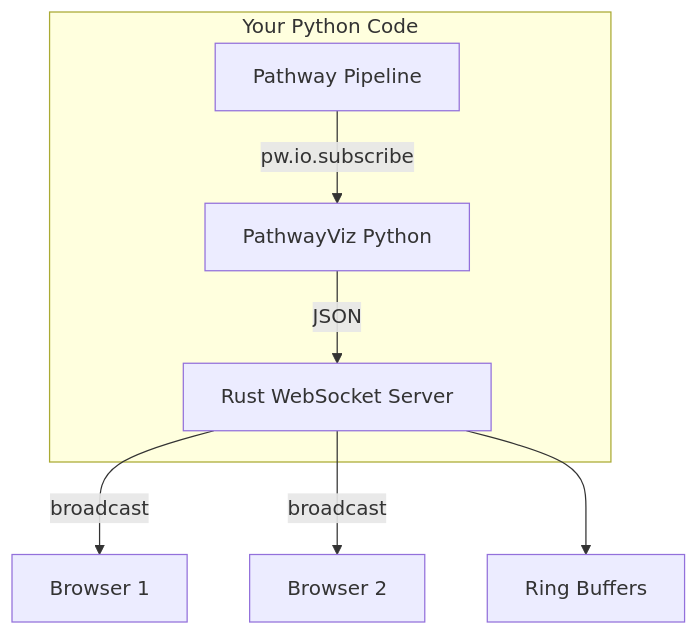
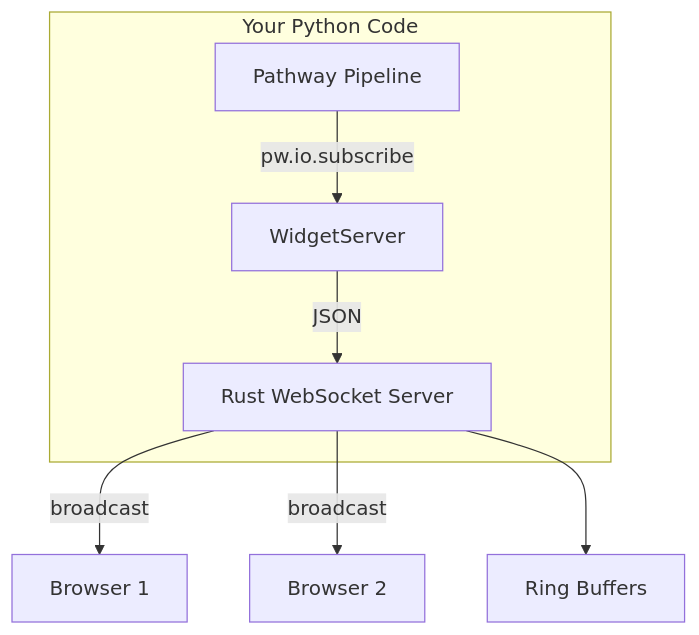
The first of 2 diagrams in docs/concepts.md (mvfolino68/pathway-viz), drawn with Mermaid before and after one commit. The commit also changed other lines of this file and 15 other files, not shown here.

First line of the commit message:
Refactor API to use WidgetServer class for explicit widget registration

````diff
--- a/docs/concepts.md
+++ b/docs/concepts.md
@@ -5,10 +5,10 @@
 ```mermaid
 flowchart TB
     subgraph Python["Your Python Code"]
-        A[Pathway Pipeline] -->|pw.io.subscribe| B[PathwayViz Python]
+        A[Pathway Pipeline] -->|pw.io.subscribe| B[WidgetServer]
         B -->|JSON| C[Rust WebSocket Server]
     end
     C -->|broadcast| D[Browser 1]
     C -->|broadcast| E[Browser 2]
     C --> F[Ring Buffers]
 ```
````
